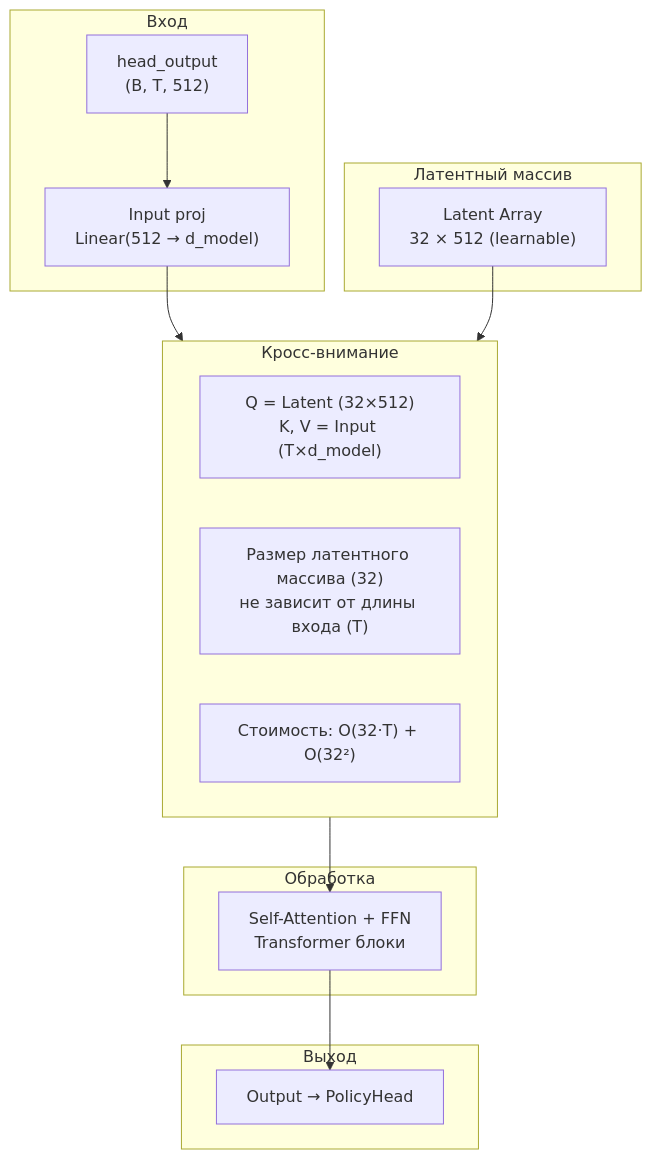
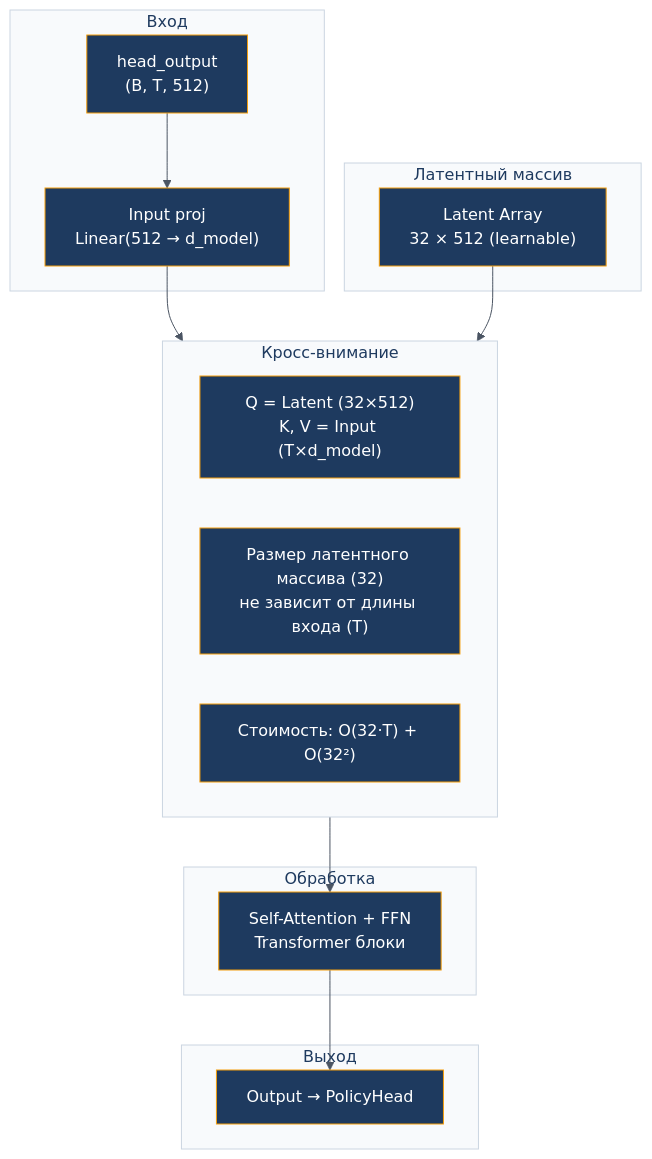
Before and after one commit to Kiraprint/DOOM: the diagram in docs/perceiver_cross_attn.mmd, drawn with Mermaid. The commit also changed 9 other files, not shown here.

Commit message:
style: add Mermaid diagram theming and larger font sizes

```diff
--- a/docs/perceiver_cross_attn.mmd
+++ b/docs/perceiver_cross_attn.mmd
@@ -1,29 +1,29 @@
-flowchart TD
+%%{init: {'theme': 'base', 'themeVariables': {'primaryColor': '#1e3a5f', 'primaryTextColor': '#fff', 'primaryBorderColor': '#1e3a5f', 'lineColor': '#4B5563', 'secondaryColor': '#fef3c7', 'tertiaryColor': '#f0fdf4', 'clusterBkg': '#f8fafc', 'fontSize': 15, 'clusterBorder': '#cbd5e1', 'nodeBorder': '#f59e0b', 'nodeTextColor': '#92400e', 'titleColor': '#1e3a5f'}}}%% flowchart TD
   subgraph Input["Вход"]
     HO["head_output<br/>(B, T, 512)"]
     IP["Input proj<br/>Linear(512 → d_model)"]
   end
 
   subgraph Latent["Латентный массив"]
     LA["Latent Array<br/>32 × 512 (learnable)"]
   end
 
   subgraph CrossAttn["Кросс-внимание"]
     CA["Q = Latent (32×512)<br/>K, V = Input (T×d_model)"]
     NOTE1["Размер латентного массива (32)<br/>не зависит от длины входа (T)"]
     NOTE2["Стоимость: O(32·T) + O(32²)"]
   end
 
   subgraph Transformer["Обработка"]
     SA["Self-Attention + FFN<br/>Transformer блоки"]
   end
 
   subgraph Output["Выход"]
     OUT["Output → PolicyHead"]
   end
 
   HO --> IP
   IP --> CrossAttn
   LA --> CrossAttn
   CrossAttn --> SA
   SA --> OUT
```
